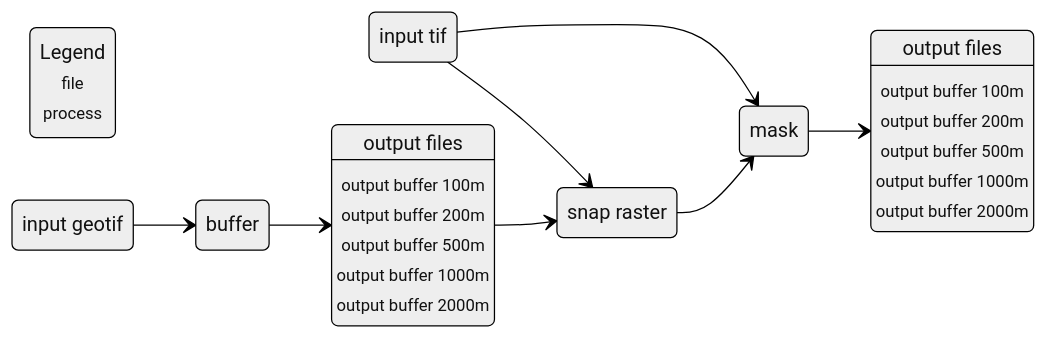
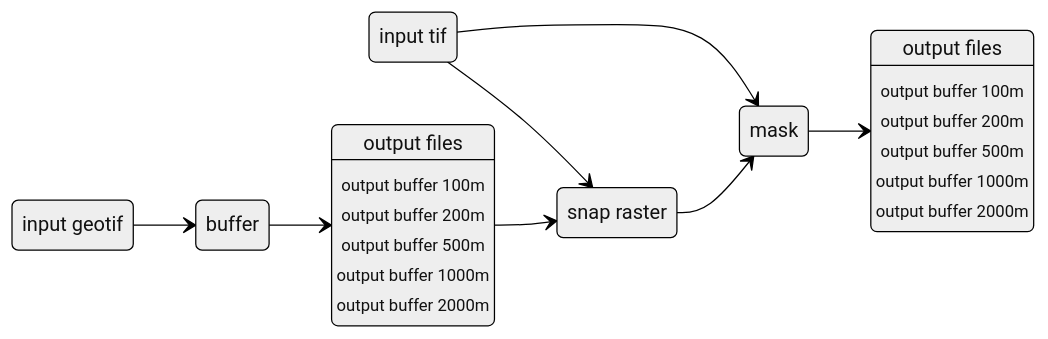
Before and after one commit to pfaffrob/03_vs_code: the diagram in mermaid/buffer_legend.mmd, drawn with Mermaid (neutral theme). The commit also changed 80 other files, not shown here.

```diff
--- a/mermaid/buffer_legend.mmd
+++ b/mermaid/buffer_legend.mmd
@@ -1,24 +1,22 @@
 stateDiagram
-    direction LR
-    L: Legend<br><small><div class="rectangle"></div>file<br>process
+    direction LRs
     A: input geotif
     B: buffer
     C: output files
     C: <center><small>output buffer 100m <br> output buffer 200m <br> output buffer 500m <br> output buffer 1000m <br> output buffer 2000m 
     D: input tif
     E: snap raster
     F: mask
     G: output files
     G: <center><small>output buffer 100m <br> output buffer 200m <br> output buffer 500m <br> output buffer 1000m <br> output buffer 2000m 
-
 
     A --> B
     D --> E
     D --> F
     B --> C
     C --> E
     E --> F
     F --> G
 
     class A,C,D,G file
     class B,E,F process
```
